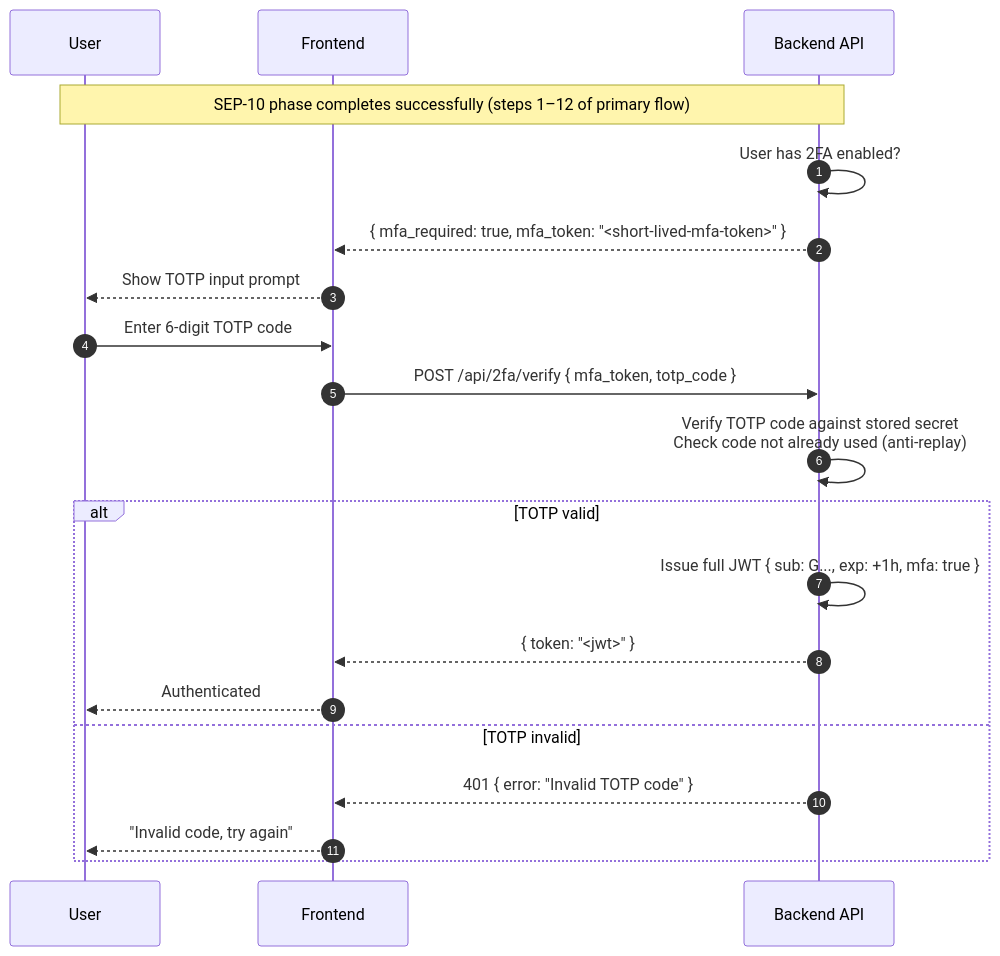
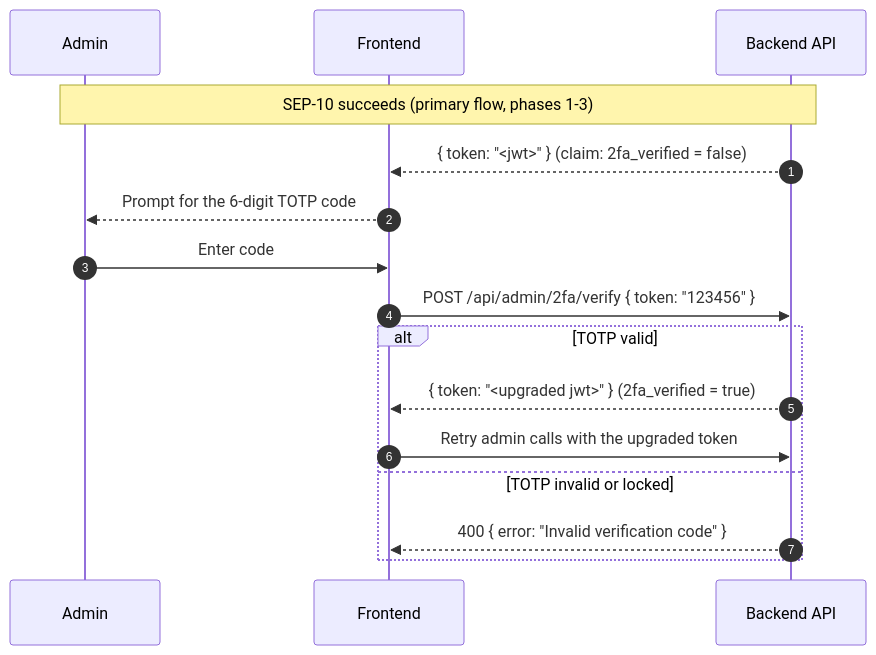
Before and after one commit to Emmy123222/Stellar-MarketPay-: the seventh of 8 diagrams in docs/auth-flow.md, drawn with Mermaid. The commit also changed other lines of this file, not shown here.

First line of the commit message:
docs(auth): add 2FA decision branch to SEP-10 flow diagram

````diff
--- a/docs/auth-flow.md
+++ b/docs/auth-flow.md
@@ -169,26 +224,20 @@
 ```mermaid
 sequenceDiagram
     autonumber
-    participant U  as User
+    participant U  as Admin
     participant FE as Frontend
     participant BE as Backend API
 
-    Note over U,BE: SEP-10 phase completes successfully (steps 1–12 of primary flow)
+    Note over U,BE: SEP-10 succeeds (primary flow, phases 1-3)
 
-    BE->>BE: User has 2FA enabled?
-    BE-->>FE: { mfa_required: true, mfa_token: "<short-lived-mfa-token>" }
-
-    FE-->>U: Show TOTP input prompt
-    U->>FE: Enter 6-digit TOTP code
-    FE->>BE: POST /api/2fa/verify { mfa_token, totp_code }
-    BE->>BE: Verify TOTP code against stored secret<br/>Check code not already used (anti-replay)
-
+    BE-->>FE: { token: "<jwt>" } (claim: 2fa_verified = false)
+    FE-->>U: Prompt for the 6-digit TOTP code
+    U->>FE: Enter code
+    FE->>BE: POST /api/admin/2fa/verify { token: "123456" }
     alt TOTP valid
-        BE->>BE: Issue full JWT { sub: G..., exp: +1h, mfa: true }
-        BE-->>FE: { token: "<jwt>" }
-        FE-->>U: Authenticated
-    else TOTP invalid
-        BE-->>FE: 401 { error: "Invalid TOTP code" }
-        FE-->>U: "Invalid code, try again"
+        BE-->>FE: { token: "<upgraded jwt>" } (2fa_verified = true)
+        FE->>BE: Retry admin calls with the upgraded token
+    else TOTP invalid or locked
+        BE-->>FE: 400 { error: "Invalid verification code" }
     end
 ```
````
